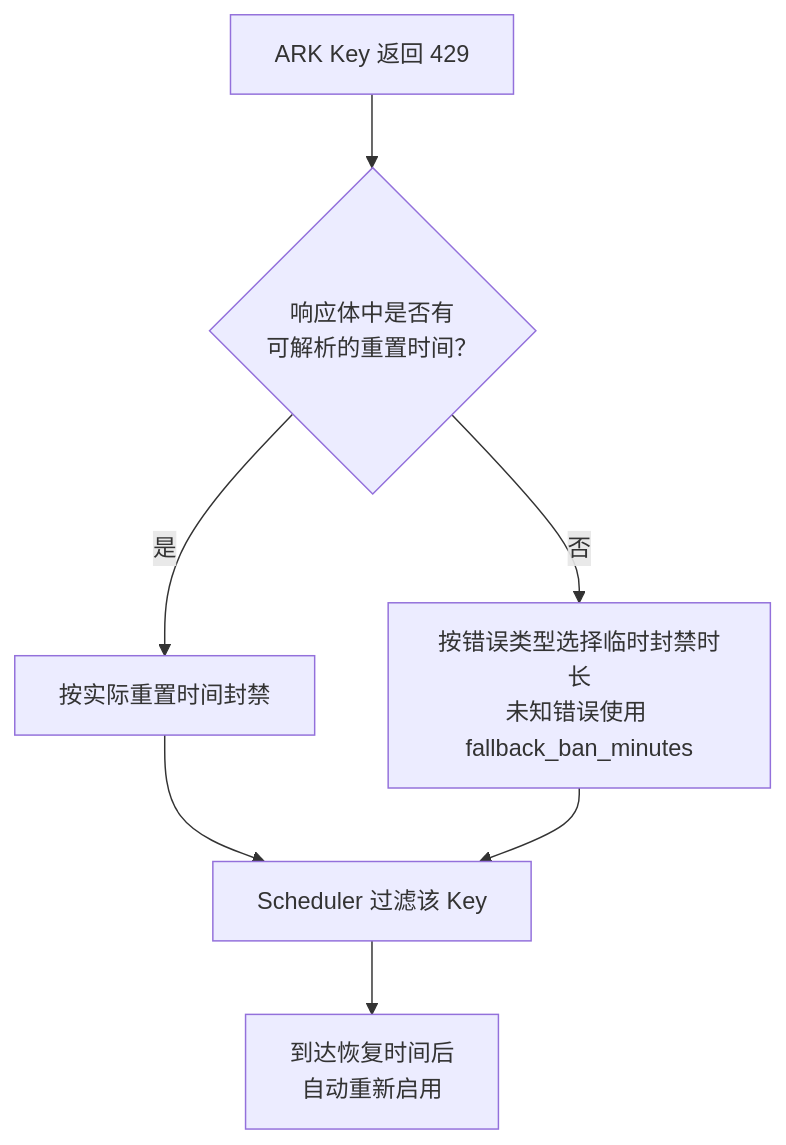
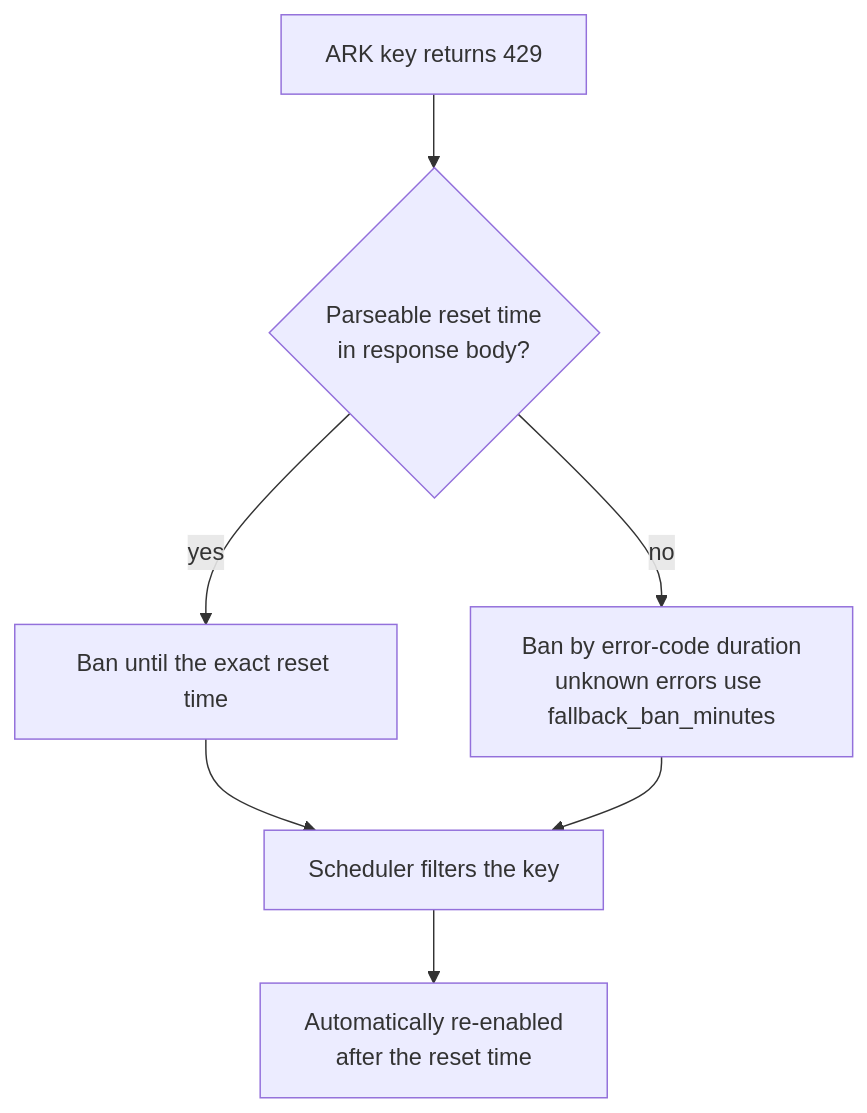
The diagram in README.md (wyx1818/ark-429-autoban), drawn with Mermaid before and after one commit. The commit also changed other lines of this file and 1 other file, not shown here.

````diff
--- a/README.md
+++ b/README.md
@@ -117,9 +117,9 @@
 ```mermaid
 graph TD
-    A[ARK Key 返回 429] --> B{响应体中是否有<br/>可解析的重置时间？}
-    B -- 是 --> C[按实际重置时间封禁]
-    B -- 否 --> D["按错误类型选择临时封禁时长<br/>未知错误使用 fallback_ban_minutes"]
-    C --> E[Scheduler 过滤该 Key]
+    A[ARK key returns 429] --> B{Parseable reset time<br/>in response body?}
+    B -- yes --> C[Ban until the exact reset time]
+    B -- no --> D["Ban by error-code duration<br/>unknown errors use fallback_ban_minutes"]
+    C --> E[Scheduler filters the key]
     D --> E
-    E --> F[到达恢复时间后<br/>自动重新启用]
+    E --> F[Automatically re-enabled<br/>after the reset time]
 ```
````
